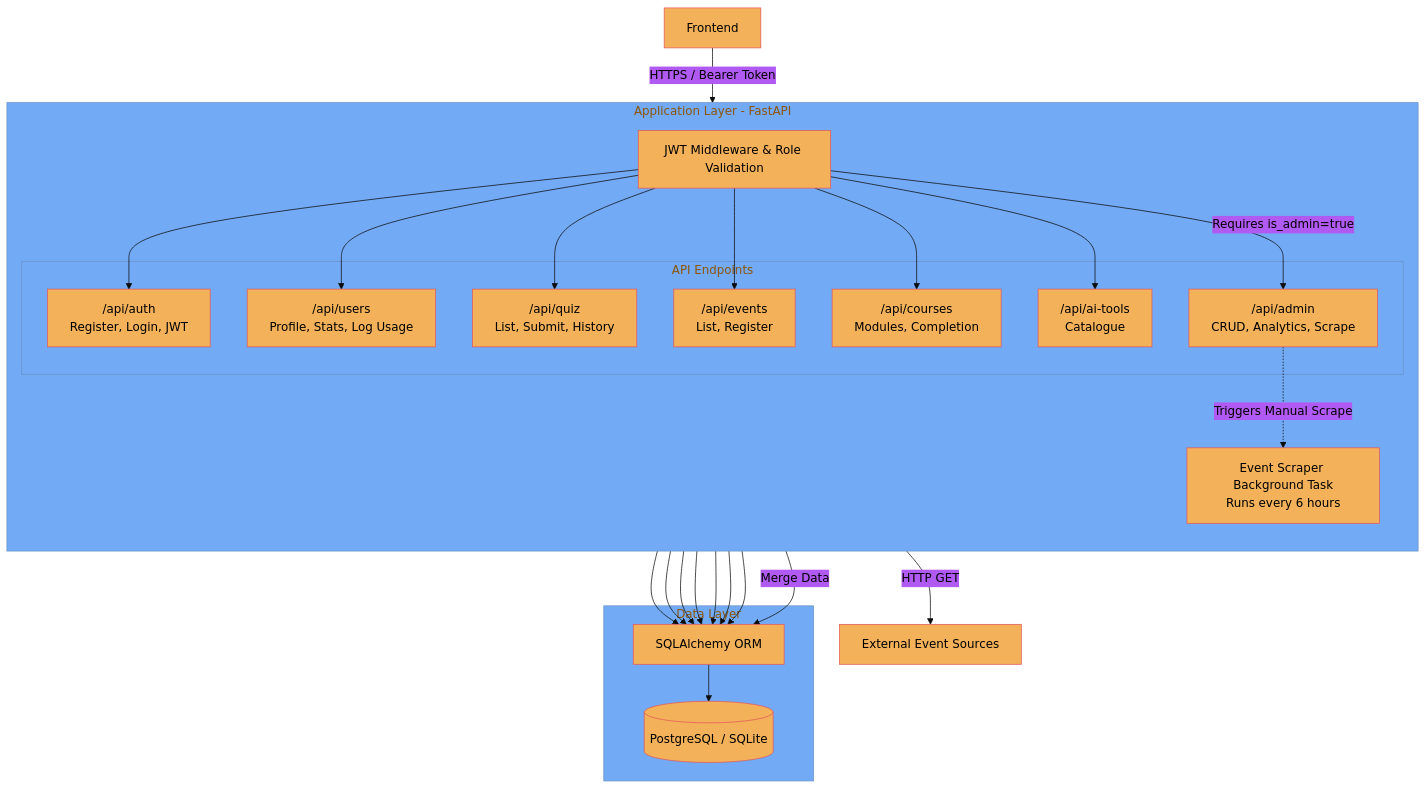
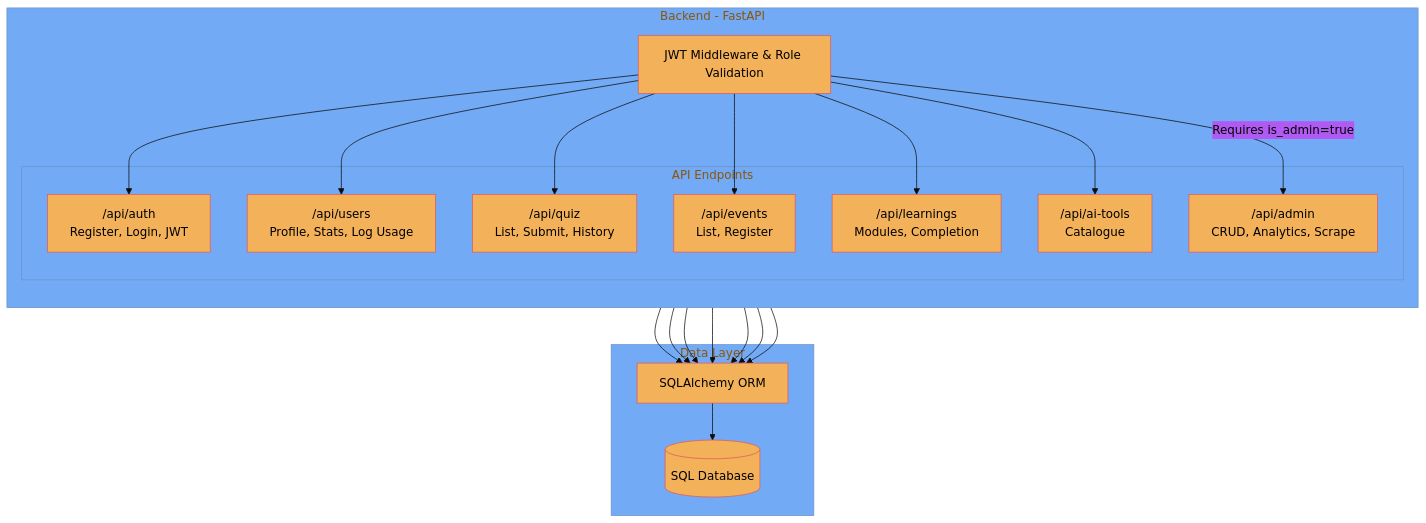
The diagram in documentation/backend_architecture_diagram.mmd (cravinoth-blip/metis), drawn with Mermaid before and after one commit. The commit also changed 31 other files, not shown here.

```diff
--- a/documentation/backend_architecture_diagram.mmd
+++ b/documentation/backend_architecture_diagram.mmd
@@ -1,67 +1,57 @@
 %%{init: {
 'theme': 'base',
 'themeVariables': {
 'primaryColor': 'rgba(243, 177, 90, 1)',
 'primaryTextColor': '#000000ff',
 'primaryBorderColor': '#e45959ff'
 }
 }}%%
 flowchart TD
-    %% External Clients
-    UI[Frontend]
 
     %% Backend Layer
-    subgraph Backend [Application Layer - FastAPI]
+    subgraph Backend [Backend - FastAPI]
         direction TB
 
         %% API Routers
         subgraph Routers [API Endpoints]
             Auth["/api/auth<br/>Register, Login, JWT"]
             Users["/api/users<br/>Profile, Stats, Log Usage"]
             Quiz["/api/quiz<br/>List, Submit, History"]
             Events["/api/events<br/>List, Register"]
-            Courses["/api/courses<br/>Modules, Completion"]
+            Courses["/api/learnings<br/>Modules, Completion"]
             Tools["/api/ai-tools<br/>Catalogue"]
             Admin["/api/admin<br/>CRUD, Analytics, Scrape"]
         end
 
-        %% Background Tasks
-        Scraper["Event Scraper Background Task<br/>Runs every 6 hours"]
 
         %% Security
         Security[JWT Middleware & Role Validation]
     end
 
     %% Data Layer
     subgraph DataLayer [Data Layer]
         ORM[SQLAlchemy ORM]
-        DB[(PostgreSQL / SQLite)]
+        DB[(SQL Database)]
     end
 
-    %% External Sources
-    ExtEvents[External Event Sources]
 
     %% Connections
-    UI -->|HTTPS / Bearer Token| Security
 
     Security --> Auth
     Security --> Users
     Security --> Quiz
     Security --> Events
     Security --> Courses
     Security --> Tools
     Security -->|Requires is_admin=true| Admin
 
     Auth --> ORM
     Users --> ORM
     Quiz --> ORM
     Events --> ORM
     Courses --> ORM
     Tools --> ORM
     Admin --> ORM
 
-    Admin -.->|Triggers Manual Scrape| Scraper
-    Scraper -->|HTTP GET| ExtEvents
-    Scraper -->|Merge Data| ORM
 
     ORM --> DB
```
